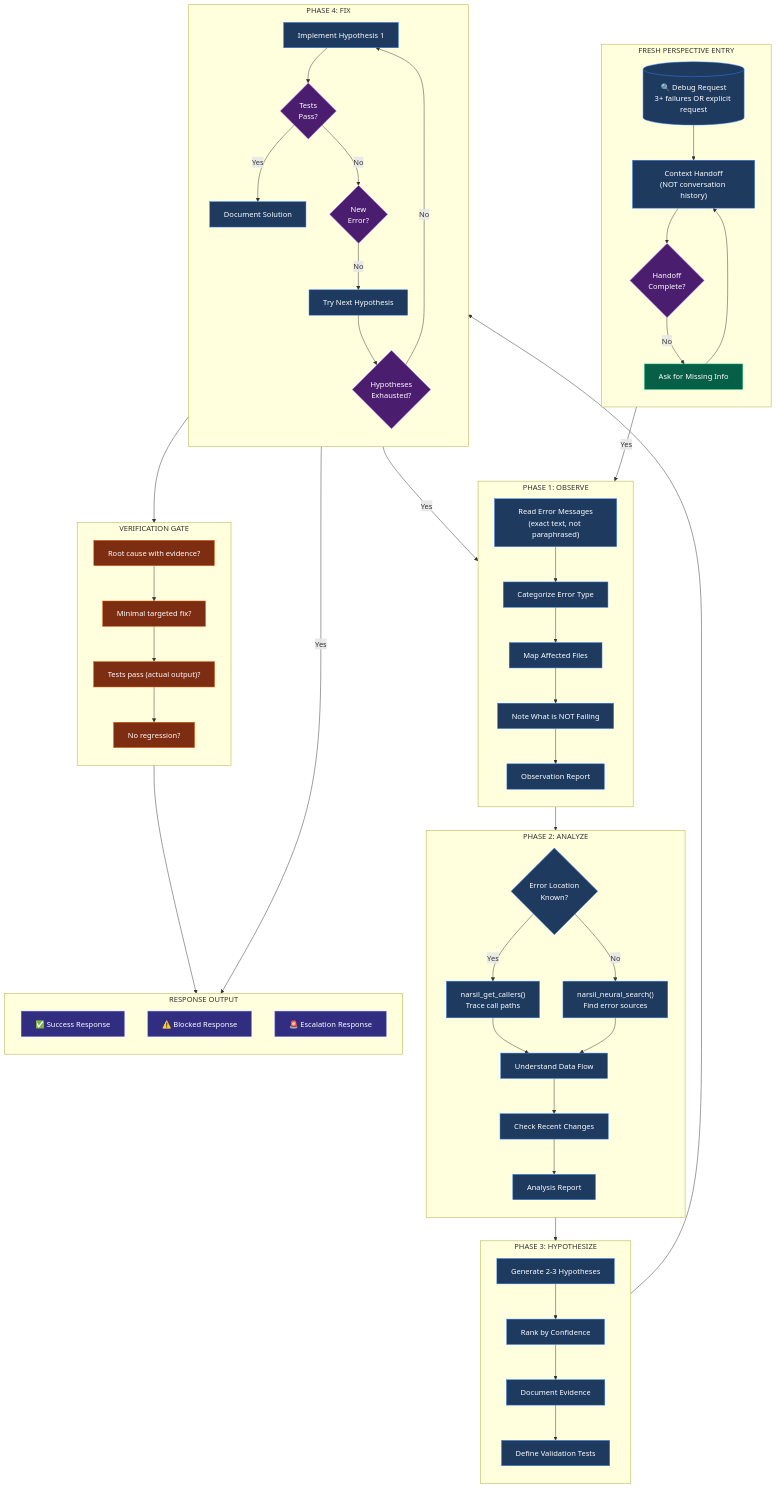
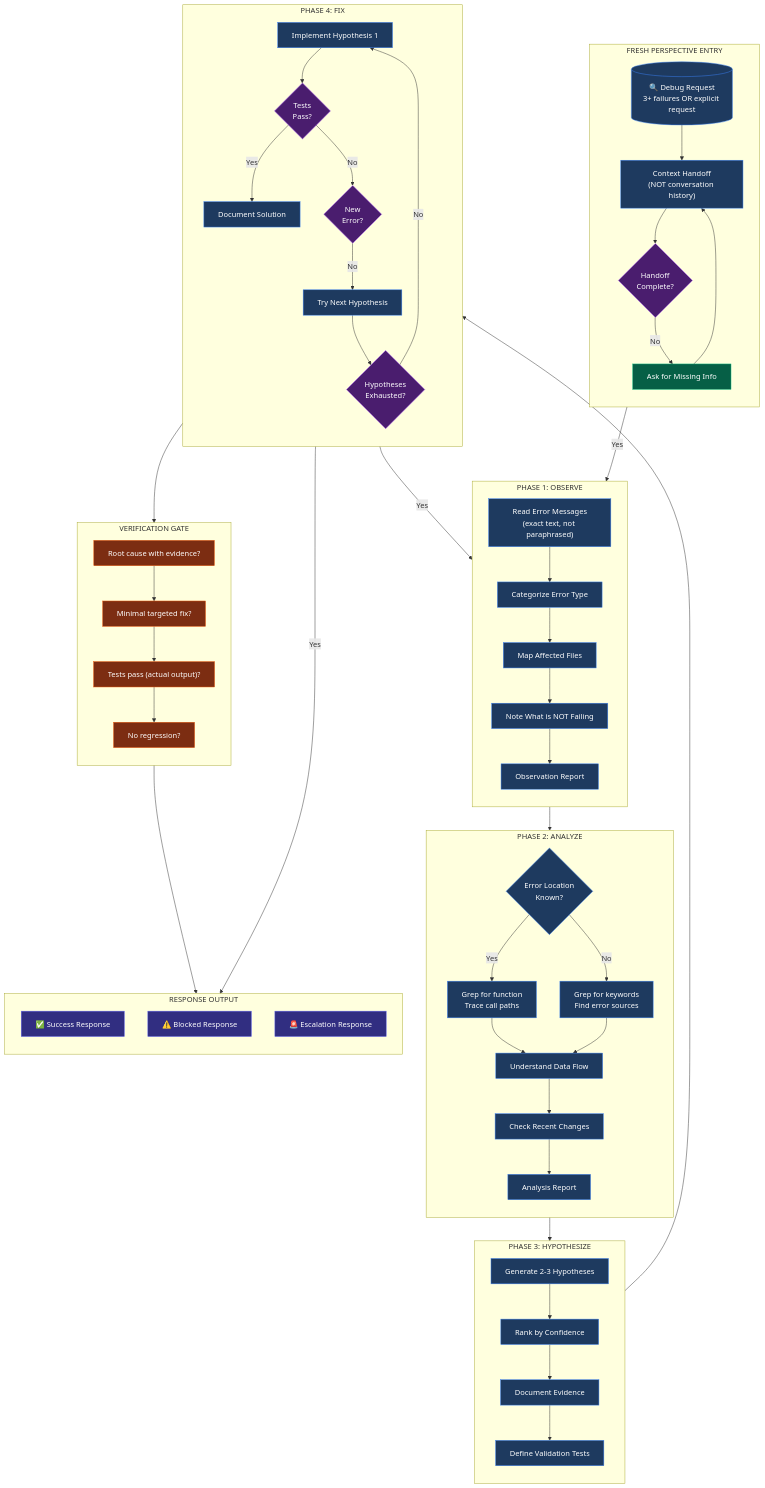
Before and after one commit to MichelKerkmeester/opencode-spec-kit-framework: the diagram in .opencode/agent/debug.md, drawn with Mermaid. The commit also changed other lines of this file and 76 other files, not shown here.

```diff
--- a/.opencode/agent/debug.md
+++ b/.opencode/agent/debug.md
@@ -262,8 +261,8 @@
     subgraph PHASE2["PHASE 2: ANALYZE"]
         direction TB
         J{"Error Location<br/>Known?"}
-        K["narsil_get_callers()<br/>Trace call paths"]
-        L["narsil_neural_search()<br/>Find error sources"]
+        K["Grep for function<br/>Trace call paths"]
+        L["Grep for keywords<br/>Find error sources"]
         M["Understand Data Flow"]
         N["Check Recent Changes"]
         O["Analysis Report"]
```
